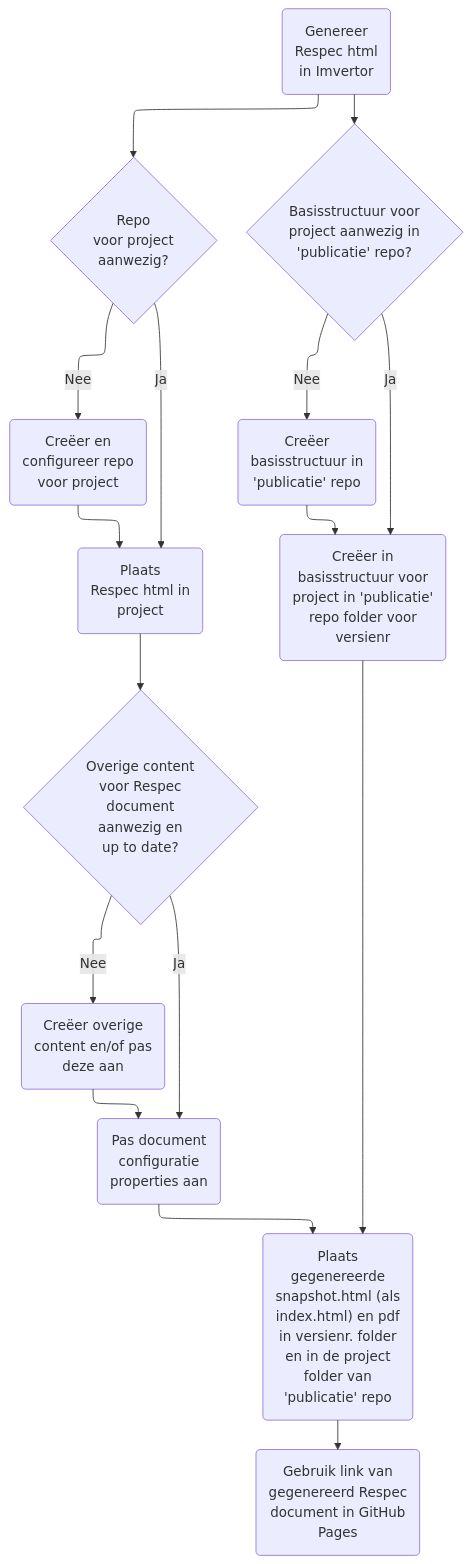
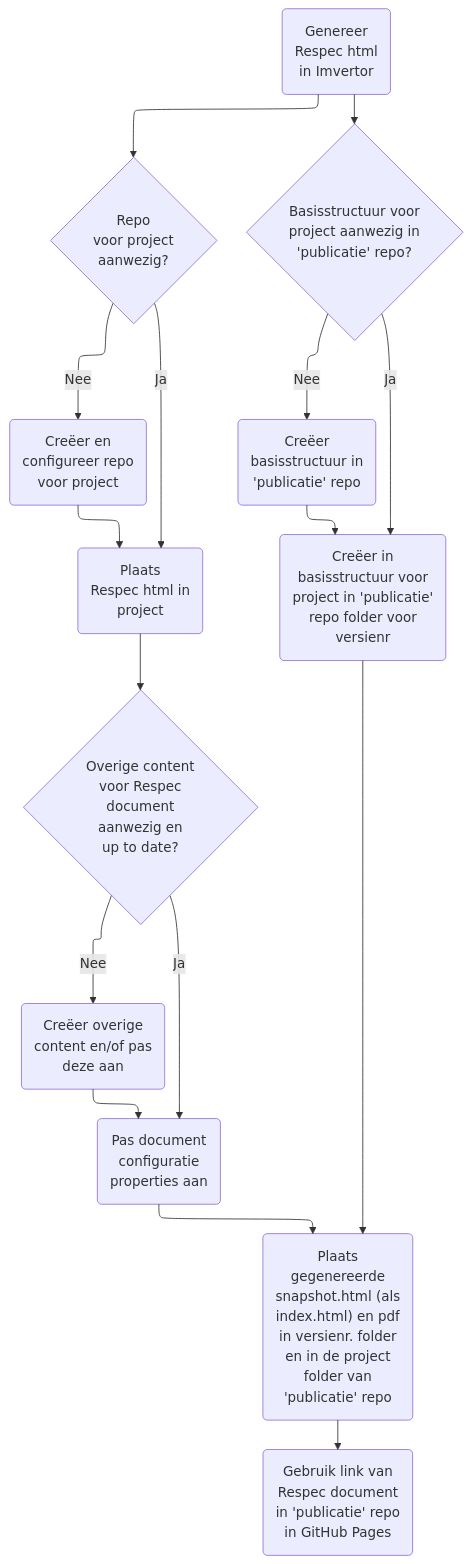
The diagram in mermaid.md (melsk-r/VNG-R-Respec-Template), drawn with Mermaid before and after one commit.

````diff
--- a/mermaid.md
+++ b/mermaid.md
@@ -7,19 +7,19 @@
 ```mermaid
 %%{init: {"flowchart": {"defaultRenderer": "elk"}} }%%
 graph TD;
     A("Genereer<br/>Respec html<br/>in Imvertor")-->B{"Repo<br/>voor project<br/>aanwezig?"};
     B{"Repo<br/>voor project<br/>aanwezig?"}--Nee-->C("Creëer en<br/>configureer repo<br/>voor project");
     B{"Repo<br/>voor project<br/>aanwezig?"}--Ja-->D("Plaats<br/>Respec html in<br/>project");
     C("Creëer en<br/>configureer repo<br/>voor project")-->D("Plaats<br/>Respec html in<br/>project");
     D("Plaats<br/>Respec html in<br/>project")-->E{"Overige content<br/>voor Respec<br/>document<br/>aanwezig en<br/>up to date?"};
     E{"Overige content<br/>voor Respec<br/>document<br/>aanwezig en<br/>up to date?"}--Nee-->F("Creëer overige<br/>content en/of pas<br/>deze aan");
     E{"Overige content<br/>voor Respec<br/>document<br/>aanwezig en<br/>up to date?"}--Ja-->G("Pas document<br/>configuratie<br/>properties aan");
     F("Creëer overige<br/>content en/of pas<br/>deze aan")-->G("Pas document<br/>configuratie<br/>properties aan");
     A("Genereer<br/>Respec html<br/>in Imvertor")-->H{"Basisstructuur voor<br/>project aanwezig in<br/>'publicatie' repo?"};
     H{"Basisstructuur voor<br/>project aanwezig in<br/>'publicatie' repo?"}--Nee-->I("Creëer<br/>basisstructuur in<br/>'publicatie' repo");
     H{"Basisstructuur voor<br/>project aanwezig in<br/>'publicatie' repo?"}--Ja-->J("Creëer in<br/>basisstructuur voor<br/>project in 'publicatie'<br/>repo folder voor<br/>versienr");
     I("Creëer<br/>basisstructuur in<br/>'publicatie' repo")-->J("Creëer in<br/>basisstructuur voor<br/>project in 'publicatie'<br/>repo folder voor<br/>versienr");
     G("Pas document<br/>configuratie<br/>properties aan")-->K("Plaats<br/>gegenereerde<br/>snapshot.html (als<br/>index.html) en pdf<br/>in versienr. folder<br/>en in de project<br/>folder van<br/>'publicatie' repo");
     J("Creëer in<br/>basisstructuur voor<br/>project in 'publicatie'<br/>repo folder voor<br/>versienr")-->K("Plaats<br/>gegenereerde<br/>snapshot.html (als<br/>index.html) en pdf<br/>in versienr. folder<br/>en in de project<br/>folder van<br/>'publicatie' repo");
-    K("Plaats<br/>gegenereerde<br/>snapshot.html (als<br/>index.html) en pdf<br/>in versienr. folder<br/>en in de project<br/>folder van<br/>'publicatie' repo")-->L("Gebruik link van<br/>gegenereerd Respec<br/>document in GitHub<br/>Pages");
+    K("Plaats<br/>gegenereerde<br/>snapshot.html (als<br/>index.html) en pdf<br/>in versienr. folder<br/>en in de project<br/>folder van<br/>'publicatie' repo")-->L("Gebruik link van<br/>Respec document<br/>in 'publicatie' repo<br/>in GitHub Pages");
 ```
````
